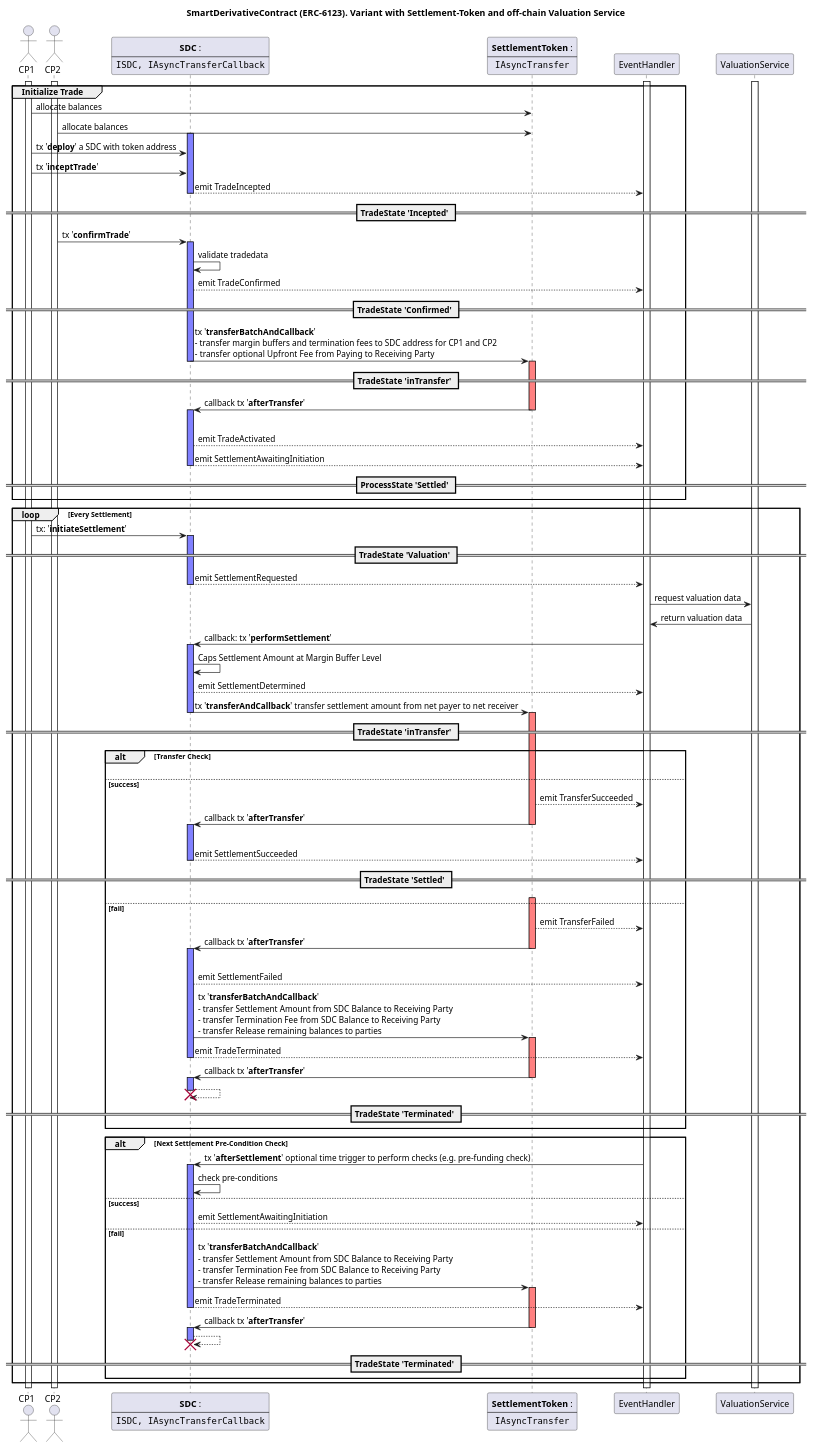
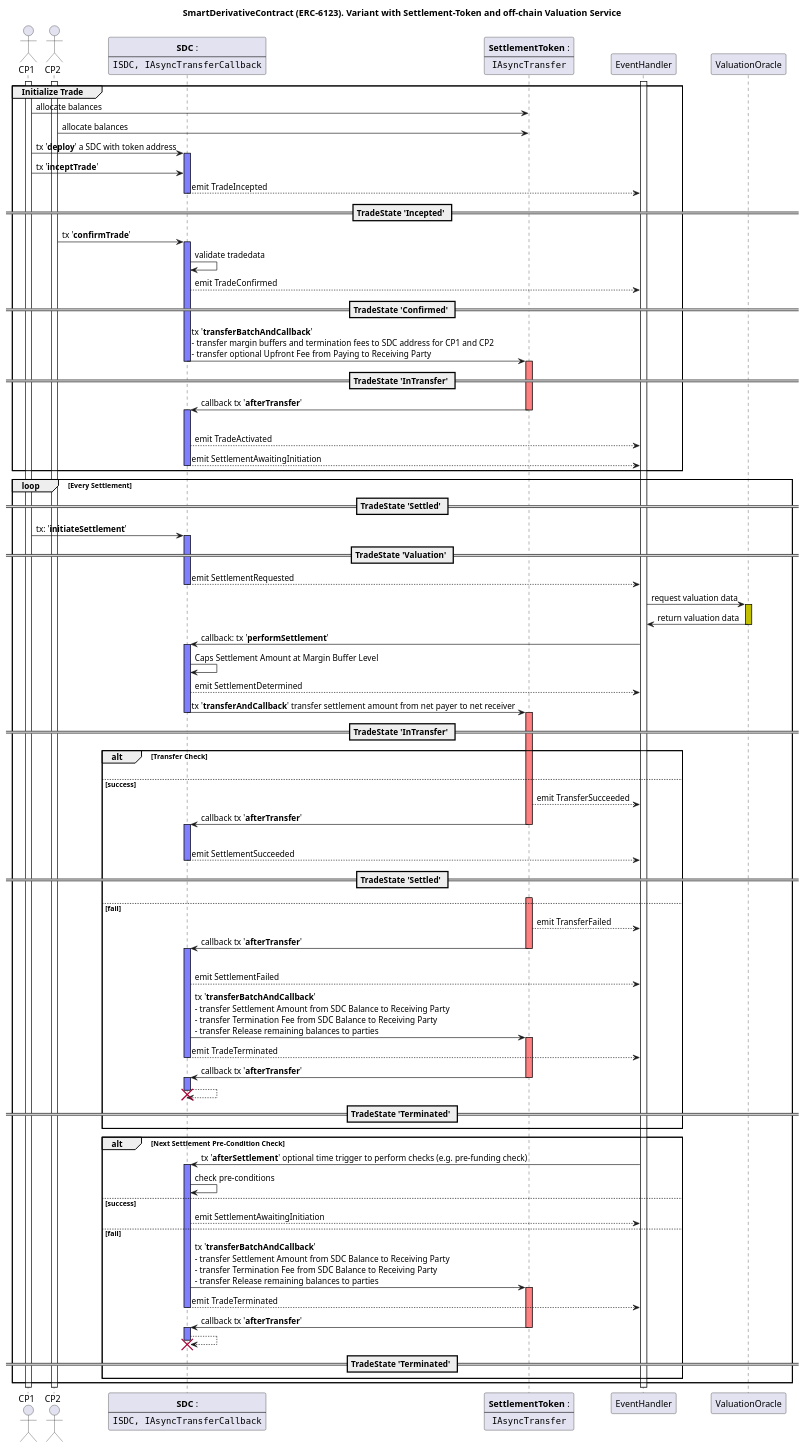
The diagram in assets/erc-6123/doc/sequence.puml (ethereum/ERCs), drawn with PlantUML before and after one commit.

Commit message:
Small improvements to sequence diagram.

```diff
--- a/assets/erc-6123/doc/sequence.puml
+++ b/assets/erc-6123/doc/sequence.puml
@@ -1,177 +1,180 @@
 @startuml
 'https://plantuml.com/sequence-diagram
 title SmartDerivativeContract (ERC-6123). Variant with Settlement-Token and off-chain Valuation Service
 
 actor CP1
 actor CP2
 
 participant SDC [
     **SDC** :
     ----
     ""ISDC, IAsyncTransferCallback""
 ]
 
 participant SettlementToken [
     **SettlementToken** :
     ----
     ""IAsyncTransfer""
 ]
 
 participant EventHandler
-participant ValuationService
+participant ValuationOracle
 
 activate EventHandler
-'activate SettlementToken
-activate ValuationService
-
 activate CP1
 activate CP2
 
 group Initialize Trade
 CP1 ->SettlementToken: allocate balances
 CP2 ->SettlementToken: allocate balances
+
+CP1 ->SDC: tx '**deploy**' a SDC with token address
 activate SDC #8080FF
-CP1 ->SDC: tx '**deploy**' a SDC with token address
 
 CP1 ->SDC:                 tx '**inceptTrade**'
 
 SDC-->EventHandler: emit TradeIncepted
 
 == TradeState '**Incepted**' ==
 deactivate SDC
 
     CP2->SDC: tx '**confirmTrade**'
 activate SDC #8080FF
     SDC->SDC: validate tradedata
 
     SDC-->EventHandler: emit TradeConfirmed
 
 == TradeState '**Confirmed**' ==
 
     SDC -> SettlementToken: tx '**transferBatchAndCallback**' \n- transfer margin buffers and termination fees to SDC address for CP1 and CP2\n-  transfer optional Upfront Fee from Paying to Receiving Party
     deactivate SDC
     activate SettlementToken #FF8080
 
-==  TradeState '**inTransfer**' ==
+==  TradeState '**InTransfer**' ==
 
     SettlementToken->SDC: callback tx '**afterTransfer**'
     deactivate SettlementToken
     activate SDC #8080FF
 
     |||
     SDC-->EventHandler: emit TradeActivated
 
 
     SDC-->EventHandler: emit SettlementAwaitingInitiation
     deactivate SDC
 
-==ProcessState '**Settled**' ==
-
 end
 
 loop Every Settlement
+
+== TradeState '**Settled**' ==
 
     CP1->SDC: tx: '**initiateSettlement**'
     activate SDC #8080FF
 
 == TradeState '**Valuation**' ==
 SDC-->EventHandler:emit SettlementRequested
     deactivate SDC
 
-EventHandler->ValuationService: request valuation data
-ValuationService->EventHandler: return valuation data
+    EventHandler->ValuationOracle: request valuation data
+    activate ValuationOracle #C0C000
+    ValuationOracle->EventHandler: return valuation data
+    deactivate ValuationOracle
 
 EventHandler->SDC: callback: tx '**performSettlement**'
     activate SDC #8080FF
 
 SDC->SDC:Caps Settlement Amount at Margin Buffer Level
 
 SDC-->EventHandler: emit SettlementDetermined
 
     SDC->SettlementToken: tx '**transferAndCallback**' transfer settlement amount from net payer to net receiver
     deactivate SDC
     activate SettlementToken #FF8080
 
-== TradeState '**inTransfer**' ==
+== TradeState '**InTransfer**' ==
 
 alt Transfer Check
 
     |||
 
 else success
     SettlementToken-->EventHandler: emit TransferSucceeded
 
 	SettlementToken->SDC: callback tx '**afterTransfer**'
     deactivate SettlementToken
     activate SDC #8080FF
 
     |||
     SDC-->EventHandler: emit SettlementSucceeded
 
 == TradeState '**Settled**' ==
     deactivate SDC
 
 ' hack - invisible boundary for the activation
     SettlementToken-[#FFF]->EventHandler
 else fail
 
 
     activate SettlementToken #FF8080
     SettlementToken-->EventHandler: emit TransferFailed
 
 	SettlementToken->SDC: callback tx '**afterTransfer**'
     deactivate SettlementToken
     activate SDC #8080FF
 
     |||
     SDC-->EventHandler: emit SettlementFailed
 
 	SDC->SettlementToken: tx '**transferBatchAndCallback**'\n- transfer Settlement Amount from SDC Balance to Receiving Party\n- transfer Termination Fee from SDC Balance to Receiving Party\n- transfer Release remaining balances to parties
     activate SettlementToken #FF8080
     SDC-->EventHandler: emit TradeTerminated
 
     deactivate SDC
 	SettlementToken->SDC: callback tx '**afterTransfer**'
     deactivate SettlementToken
     activate SDC #8080FF
 
     SDC-->SDC:
 
     destroy SDC
     deactivate SDC
 
 == TradeState '**Terminated**' ==
 end
 
 
 alt Next Settlement Pre-Condition Check
     EventHandler->SDC: tx '**afterSettlement**' optional time trigger to perform checks (e.g. pre-funding check)
 
     activate SDC #8080FF
 
     SDC-> SDC: check pre-conditions
 else success
 
     SDC-->EventHandler: emit SettlementAwaitingInitiation
 
 else fail
 
 	SDC->SettlementToken: tx '**transferBatchAndCallback**'\n- transfer Settlement Amount from SDC Balance to Receiving Party\n- transfer Termination Fee from SDC Balance to Receiving Party\n- transfer Release remaining balances to parties
     activate SettlementToken #FF8080
     SDC-->EventHandler: emit TradeTerminated
 
     deactivate SDC
 	SettlementToken->SDC: callback tx '**afterTransfer**'
     deactivate SettlementToken
     activate SDC #8080FF
 
     SDC-->SDC:
     destroy SDC
 
 == TradeState '**Terminated**' ==
 end
 
-
 end
 
+deactivate EventHandler
+deactivate CP1
+deactivate CP2
+
 @enduml
```
